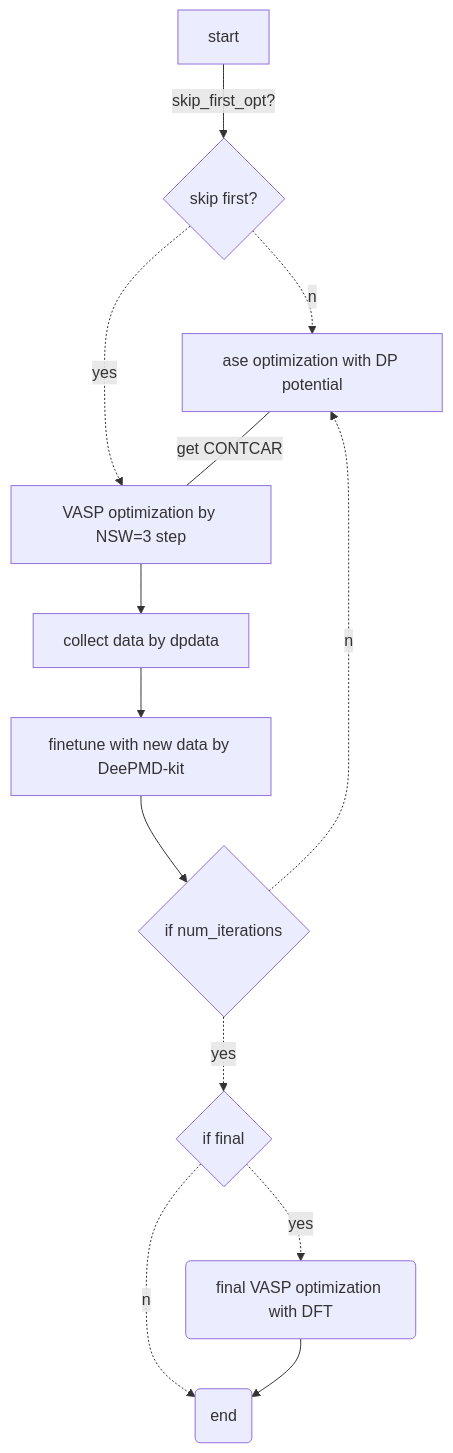
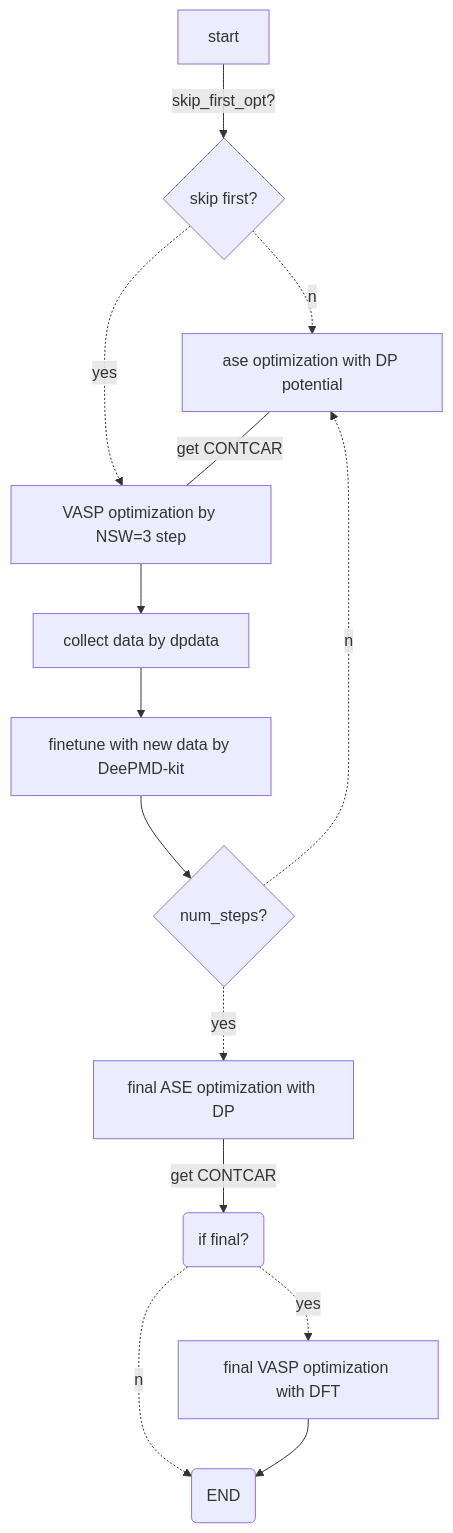
The first of 2 diagrams in postworkflow/README.md (lalaheihaihei/catalyticLAM), drawn with Mermaid before and after one commit. The commit also changed other lines of this file and 2 other files, not shown here.

Commit message:
update get-slab and README

````diff
--- a/postworkflow/README.md
+++ b/postworkflow/README.md
@@ -95,15 +96,16 @@
 ```mermaid
 graph TD
 A[start] -->|skip_first_opt?| X{skip first?}
 X -.no.-> B[ase optimization with DP potential]
-X -.yes.-> C[VASP optimization by NSW=3 step]
+X -.yes.-> C[VASP optimization, NSW=3]
 B --get CONTCAR--- C[VASP optimization by NSW=3 step]
 C  -->D[collect data by dpdata]
 D --> E[finetune with new data by DeePMD-kit]
-E --> F{if num_iterations}
-F -.yes.-> G{if final}
+E --> F{num_steps?}
+F -.yes.-> H[final ASE optimization with DP]
 F -.no.-> B
-G-.yes.-> H(final VASP optimization with DFT)
-G-.no.-> I(end)
-H --> I
+H --get CONTCAR--> I(if final?)
+I -.yes.-> K[final VASP optimization with DFT]
+I -.no.-> J(END)
+K --> J
 ```
````
